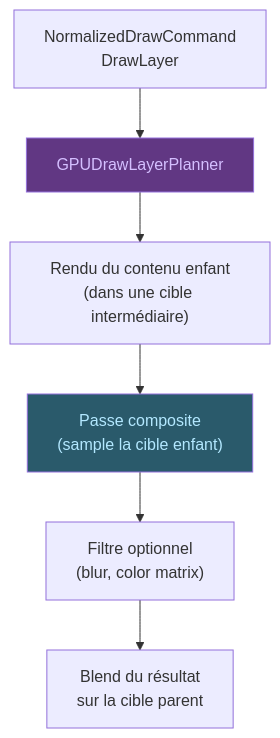
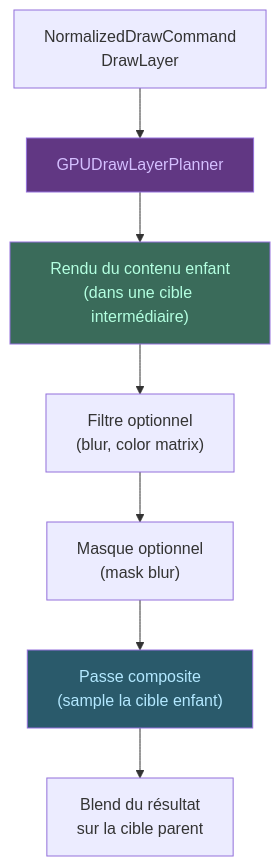
One commit to ygdrasil-io/kanvas changed the second of 2 diagrams in docs/architecture/docs/pipeline/composites.md. Above: the diagram before and after it, drawn with Mermaid. The commit also changed other lines of this file, not shown here.

````diff
--- a/docs/architecture/docs/pipeline/composites.md
+++ b/docs/architecture/docs/pipeline/composites.md
@@ -9,11 +40,13 @@
 ```mermaid
 flowchart TD
     CMD["NormalizedDrawCommand\nDrawLayer"] --> LAYER["GPUDrawLayerPlanner"]
     LAYER --> CHILD["Rendu du contenu enfant\n(dans une cible intermédiaire)"]
-    CHILD --> COMPOSITE["Passe composite\n(sample la cible enfant)"]
-    COMPOSITE --> FILTER["Filtre optionnel\n(blur, color matrix)"]
-    FILTER --> BLEND["Blend du résultat\nsur la cible parent"]
+    CHILD --> FILTER["Filtre optionnel\n(blur, color matrix)"]
+    FILTER --> MASK["Masque optionnel\n(mask blur)"]
+    MASK --> COMPOSITE["Passe composite\n(sample la cible enfant)"]
+    COMPOSITE --> BLEND["Blend du résultat\nsur la cible parent"]
 
     style LAYER fill:#613783,color:#d4bfff
+    style CHILD fill:#3a6b5a,color:#b3ffe0
     style COMPOSITE fill:#2a5a6b,color:#b3e8ff
 ```
````
